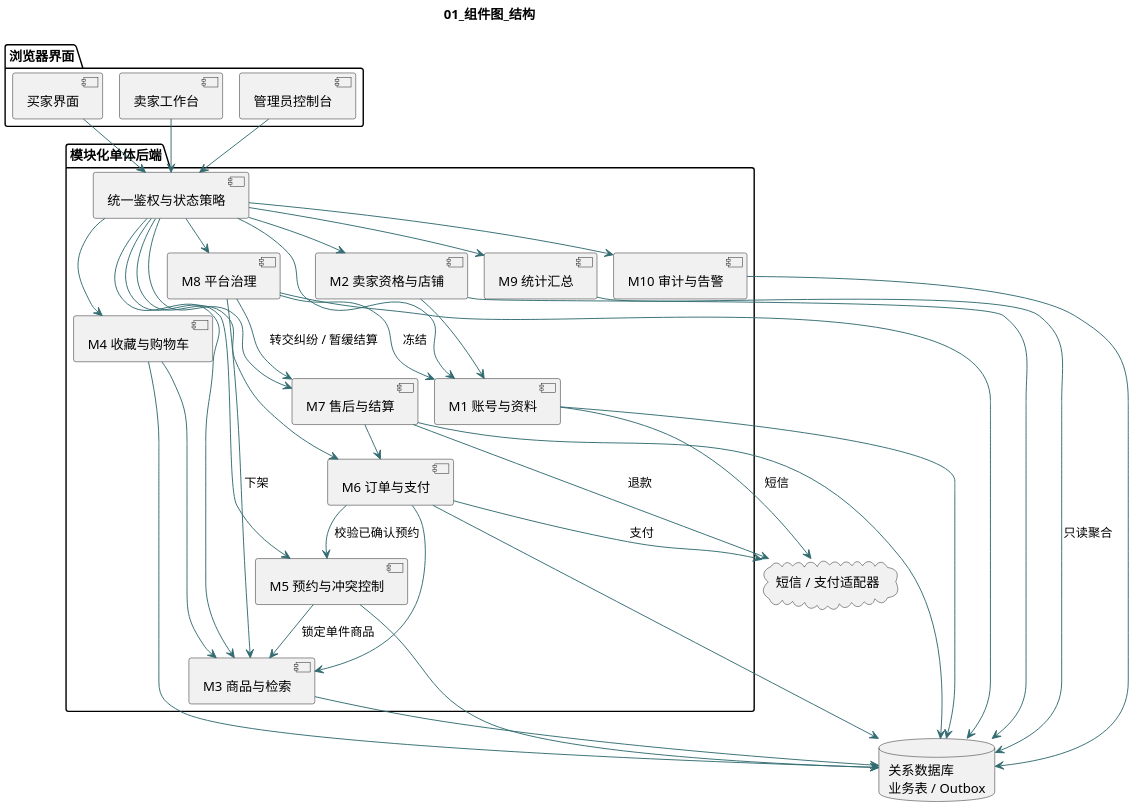
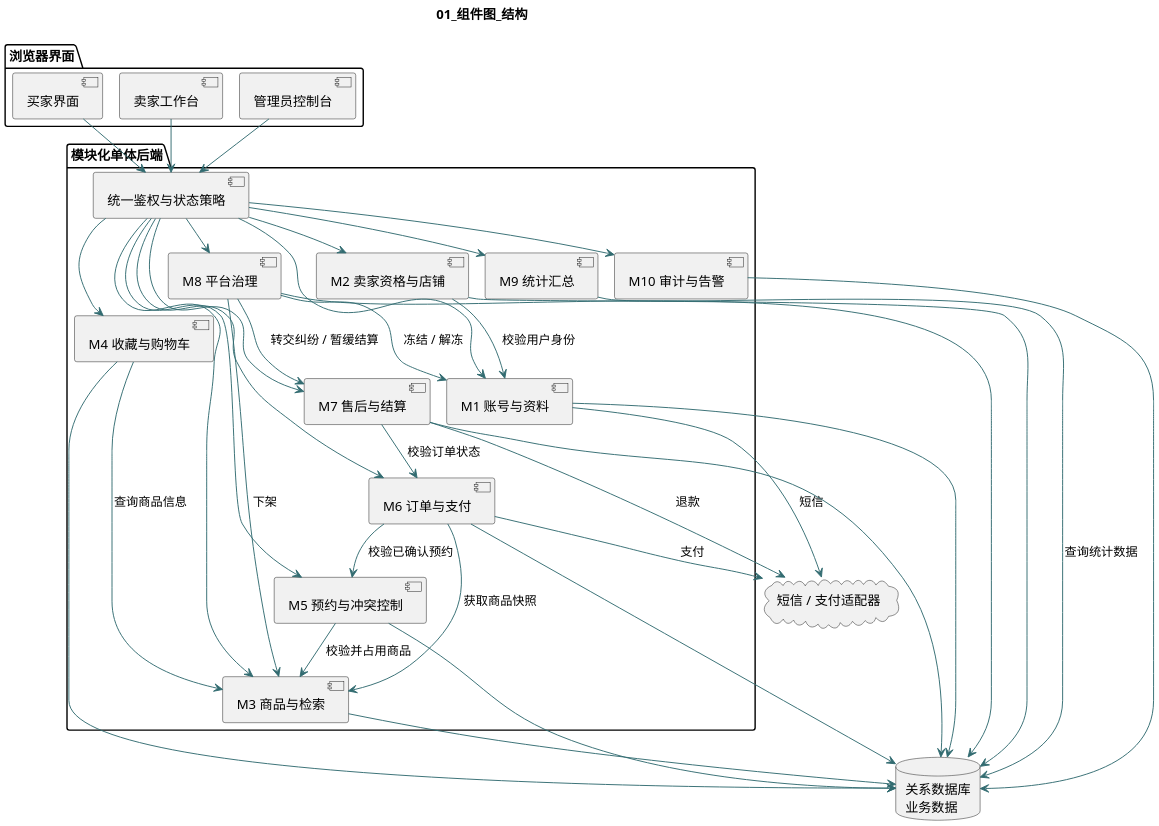
Before and after one commit to SyEicL/Software-Engineer-Lab: the diagram in UML/01_组件图_结构.puml, drawn with PlantUML. The commit also changed 7 other files, not shown here.

```diff
--- a/UML/01_组件图_结构.puml
+++ b/UML/01_组件图_结构.puml
@@ -1,65 +1,65 @@
 @startuml
 !pragma layout smetana
 skinparam defaultFontName Microsoft YaHei
 skinparam dpi 180
 skinparam shadowing false
 skinparam backgroundColor #FFFFFF
 skinparam ArrowColor #326B70
 skinparam classBackgroundColor #EDF7F6
 title 01_组件图_结构
 package "浏览器界面" {
 [买家界面] as Buyer
 [卖家工作台] as Seller
 [管理员控制台] as Admin
 }
 package "模块化单体后端" {
 [统一鉴权与状态策略] as Auth
 [M1 账号与资料] as Account
 [M2 卖家资格与店铺] as Shop
 [M3 商品与检索] as Product
 [M4 收藏与购物车] as Cart
 [M5 预约与冲突控制] as Reserve
 [M6 订单与支付] as Order
 [M7 售后与结算] as Refund
 [M8 平台治理] as Govern
 [M9 统计汇总] as Stats
 [M10 审计与告警] as Audit
 }
-database "关系数据库\n业务表 / Outbox" as DB
+database "关系数据库\n业务数据" as DB
 cloud "短信 / 支付适配器" as External
 Buyer --> Auth
 Seller --> Auth
 Admin --> Auth
 Auth --> Account
 Auth --> Shop
 Auth --> Product
 Auth --> Cart
 Auth --> Reserve
 Auth --> Order
 Auth --> Refund
 Auth --> Govern
 Auth --> Stats
 Auth --> Audit
-Shop --> Account
-Cart --> Product
-Reserve --> Product : 锁定单件商品
+Shop --> Account : 校验用户身份
+Cart --> Product : 查询商品信息
+Reserve --> Product : 校验并占用商品
 Order --> Reserve : 校验已确认预约
-Order --> Product
-Refund --> Order
-Govern --> Account : 冻结
+Order --> Product : 获取商品快照
+Refund --> Order : 校验订单状态
+Govern --> Account : 冻结 / 解冻
 Govern --> Product : 下架
 Govern --> Refund : 转交纠纷 / 暂缓结算
-Stats --> DB : 只读聚合
+Stats --> DB : 查询统计数据
 Account --> External : 短信
 Order --> External : 支付
 Refund --> External : 退款
 Product --> DB
 Reserve --> DB
 Order --> DB
 Refund --> DB
 Account --> DB
 Shop --> DB
 Cart --> DB
 Govern --> DB
 Audit --> DB
 @enduml
```
